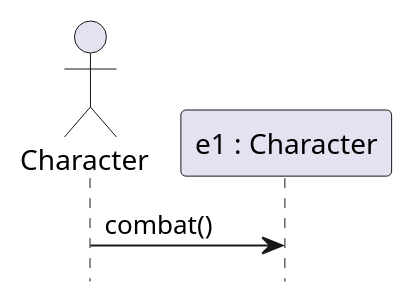
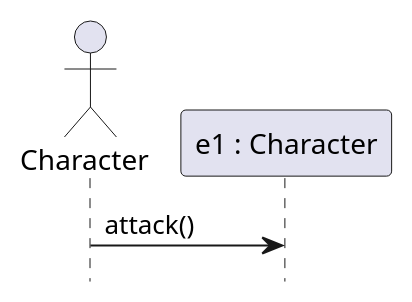
The sixth of 7 diagrams in doc/design.md (dgoldman30/Dungeon_Crawler), drawn with PlantUML before and after one commit.

````diff
--- a/doc/design.md
+++ b/doc/design.md
@@ -159,11 +159,11 @@
 ```plantuml
 @startuml
 
 hide footbox
 
 actor Character
 participant "e1 : Character" as enemy
 
-Character -> enemy : combat()
+Character -> enemy : attack()
 @enduml
 ```
````
